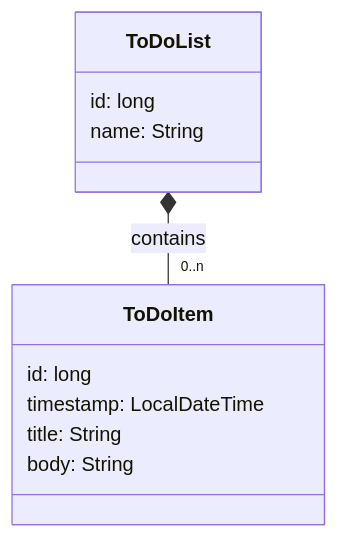
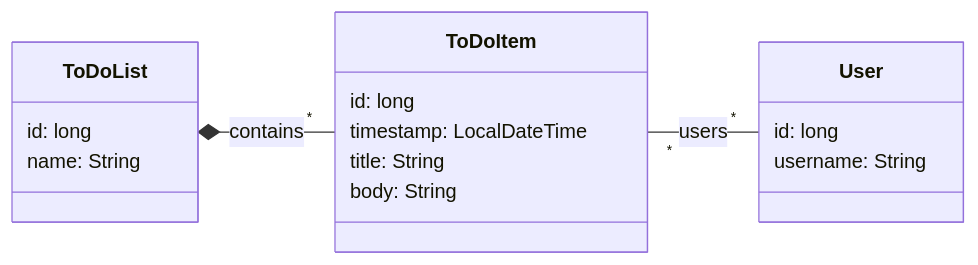
One commit to uoy-cs-eng2/todo-microservice changed the diagram in README.md. Above: the diagram before and after it, drawn with Mermaid. The commit also changed other lines of this file, not shown here.

Commit message:
README: mention many-to-many association

````diff
--- a/README.md
+++ b/README.md
@@ -10,17 +11,24 @@
 ```mermaid
 classDiagram
+direction LR
 
 class ToDoList {
   id: long
   name: String
 }
 
 class ToDoItem {
   id: long
   timestamp: LocalDateTime
   title: String
   body: String
 }
 
-ToDoList *-- "0..n" ToDoItem: contains
+class User {
+  id: long
+  username: String
+}
+
+ToDoList *-- "*" ToDoItem: contains
+ToDoItem "*" -- "*" User: users
 ```
````
